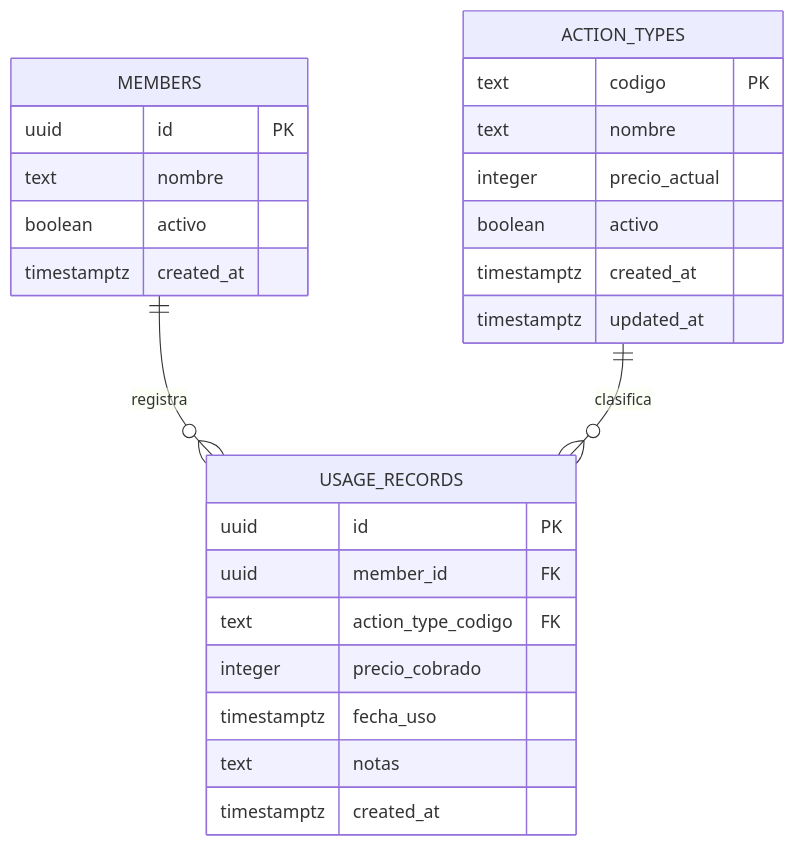
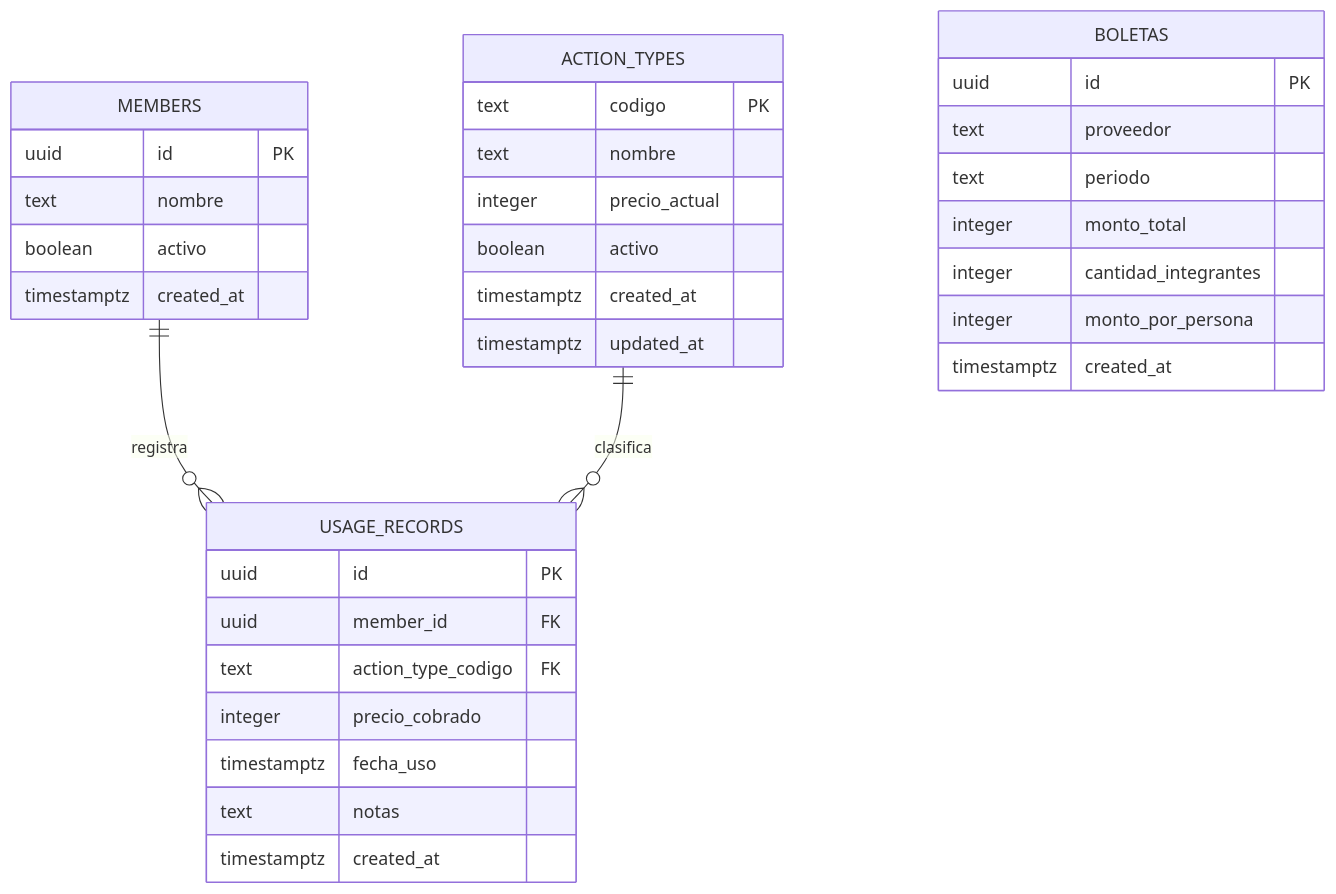
Before and after one commit to mariapazGomez/smartRomies: the diagram in vault/02-Modelo-de-Datos/00-Overview.md, drawn with Mermaid. The commit also changed other lines of this file and 10 other files, not shown here.

First line of the commit message:
Add manual "cargar boleta" flow with equal-split proration (US-06)

````diff
--- a/vault/02-Modelo-de-Datos/00-Overview.md
+++ b/vault/02-Modelo-de-Datos/00-Overview.md
@@ -7,31 +7,41 @@
 ```mermaid
 erDiagram
     MEMBERS ||--o{ USAGE_RECORDS : "registra"
     ACTION_TYPES ||--o{ USAGE_RECORDS : "clasifica"
 
     MEMBERS {
         uuid id PK
         text nombre
         boolean activo
         timestamptz created_at
     }
 
     ACTION_TYPES {
         text codigo PK
         text nombre
         integer precio_actual
         boolean activo
         timestamptz created_at
         timestamptz updated_at
     }
 
     USAGE_RECORDS {
         uuid id PK
         uuid member_id FK
         text action_type_codigo FK
         integer precio_cobrado
         timestamptz fecha_uso
         text notas
         timestamptz created_at
     }
+
+    BOLETAS {
+        uuid id PK
+        text proveedor
+        text periodo
+        integer monto_total
+        integer cantidad_integrantes
+        integer monto_por_persona
+        timestamptz created_at
+    }
 ```
````
